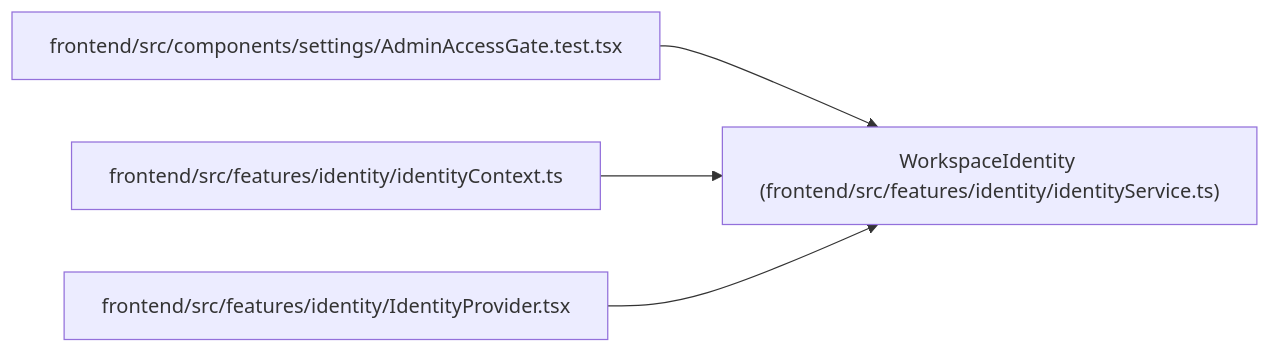
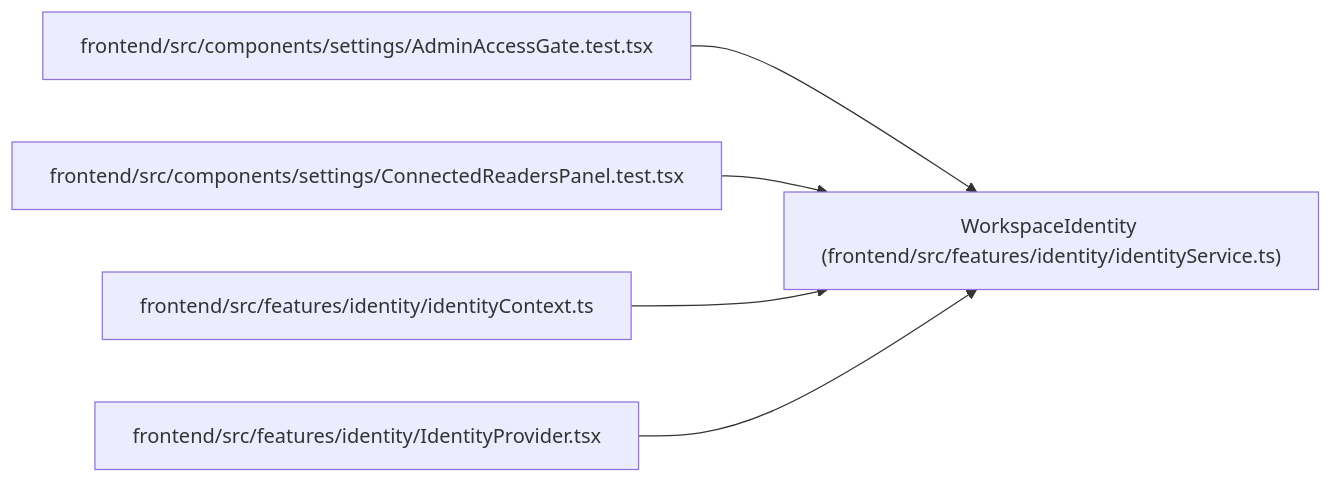
One commit to Denissvgn/WorkChord changed the diagram in docs/llm_wiki/entities/WorkspaceIdentity.md. Above: the diagram before and after it, drawn with Mermaid. The commit also changed other lines of this file and 1048 other files, not shown here.

````diff
--- a/docs/llm_wiki/entities/WorkspaceIdentity.md
+++ b/docs/llm_wiki/entities/WorkspaceIdentity.md
@@ -33,14 +35,17 @@
 ```mermaid
 flowchart LR
     n0["WorkspaceIdentity (frontend/src/features/identity/identityService.ts)"]
     n1["frontend/src/components/settings/AdminAccessGate.test.tsx"]
-    n2["frontend/src/features/identity/identityContext.ts"]
-    n3["frontend/src/features/identity/IdentityProvider.tsx"]
+    n2["frontend/src/components/settings/ConnectedReadersPanel.test.tsx"]
+    n3["frontend/src/features/identity/identityContext.ts"]
+    n4["frontend/src/features/identity/IdentityProvider.tsx"]
     n1 --> n0
     n2 --> n0
     n3 --> n0
+    n4 --> n0
     click n0 "../modules/identityService.md"
     click n1 "../modules/AdminAccessGate.test.md"
-    click n2 "../modules/identityContext.md"
-    click n3 "../modules/IdentityProvider.md"
+    click n2 "../modules/ConnectedReadersPanel.test.md"
+    click n3 "../modules/identityContext.md"
+    click n4 "../modules/IdentityProvider.md"
 ```
````
